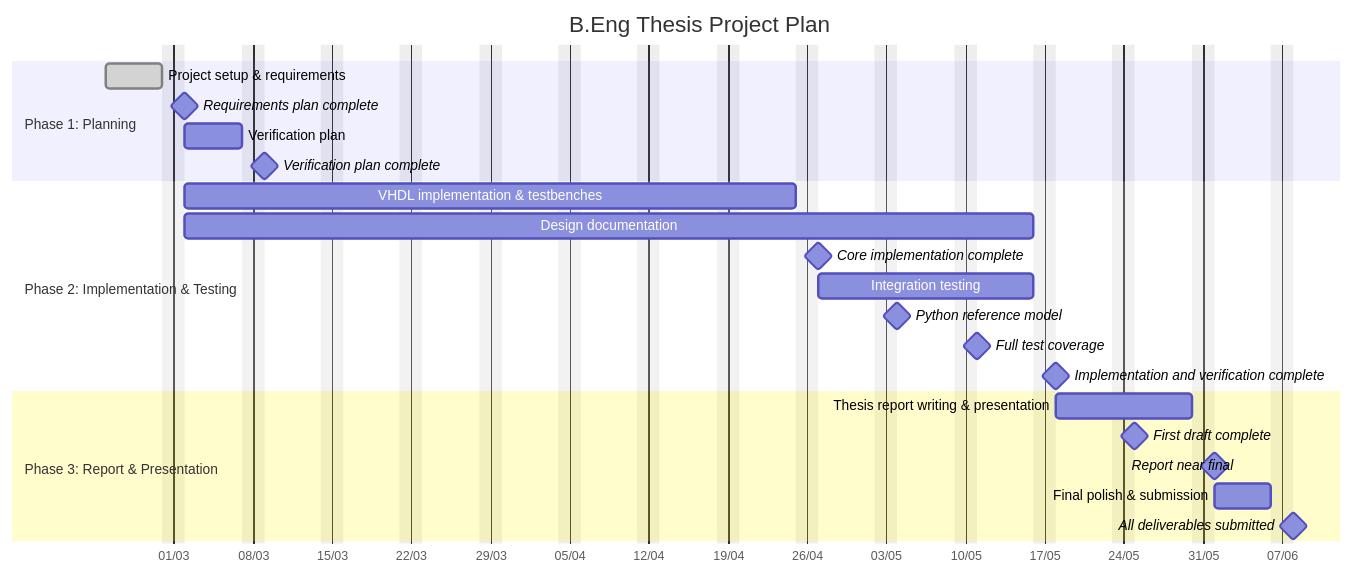
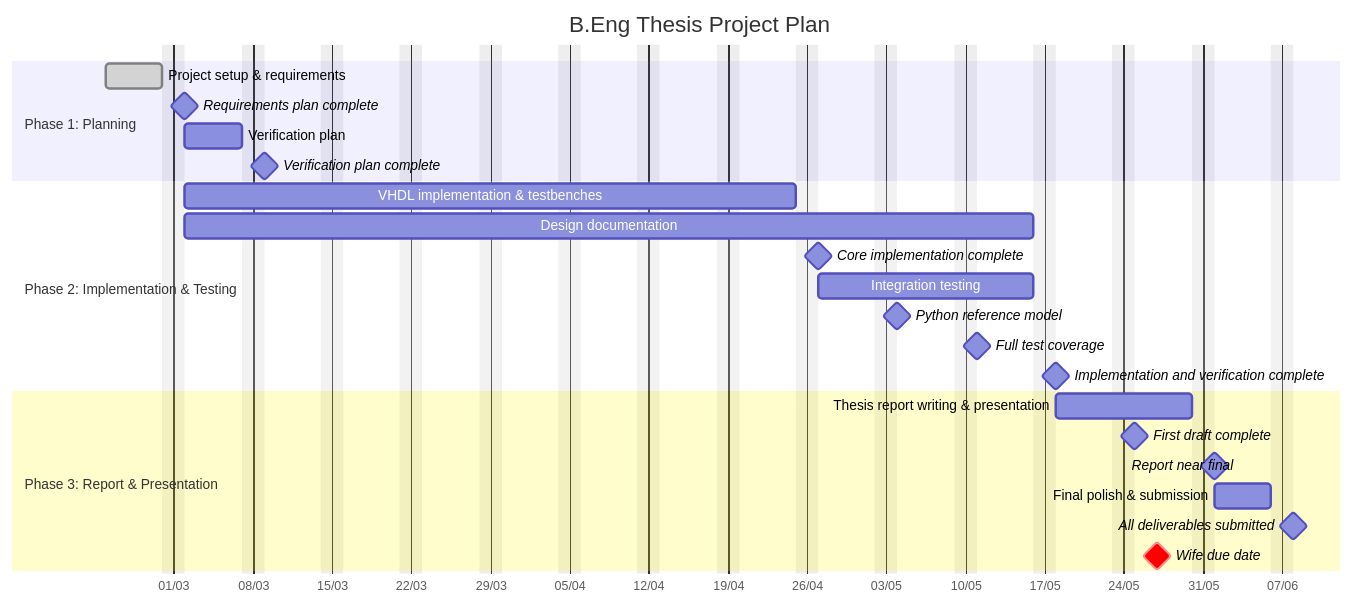
Before and after one commit to madsr2d2/beng_thesis: the diagram in docs/time_plan.md, drawn with Mermaid. The commit also changed other lines of this file and 18 other files, not shown here.

````diff
--- a/docs/time_plan.md
+++ b/docs/time_plan.md
@@ -150,30 +150,31 @@
 ```mermaid
 gantt
     dateFormat  YYYY-MM-DD
     axisFormat  %d/%m
     tickInterval 1week
     excludes    weekends
     title       B.Eng Thesis Project Plan
 
     section Phase 1: Planning
     Project setup & requirements            :done,   w1, 2026-02-23, 5d
     Requirements plan complete              :milestone, m1, after w1, 0d
     Verification plan                       : w2, after w1, 5d
     Verification plan complete              :milestone, m2, after w2, 0d
 
     section Phase 2: Implementation & Testing
     VHDL implementation & testbenches       :w3, 2026-03-02, 40d
     Design documentation                    :doc, 2026-03-02, 55d
     Core implementation complete            :milestone, m3, after w3, 0d
     Integration testing                     :w10, after w3, 15d
     Python reference model                  :milestone, m4, 2026-05-04, 0d
     Full test coverage                      :milestone, m5, 2026-05-11, 0d
     Implementation and verification complete :milestone, m6, after w10, 0d
 
     section Phase 3: Report & Presentation
     Thesis report writing & presentation    :w13, after w10, 10d
     First draft complete                    :milestone, m7, 2026-05-25, 0d
     Report near final                       :milestone, m8, after w13, 0d
     Final polish & submission               :w15, after w13, 5d
     All deliverables submitted              :milestone, m9, after w15, 0d
+    Wife due date                           :crit, milestone, m10, 2026-05-27, 0d
 ```
````
